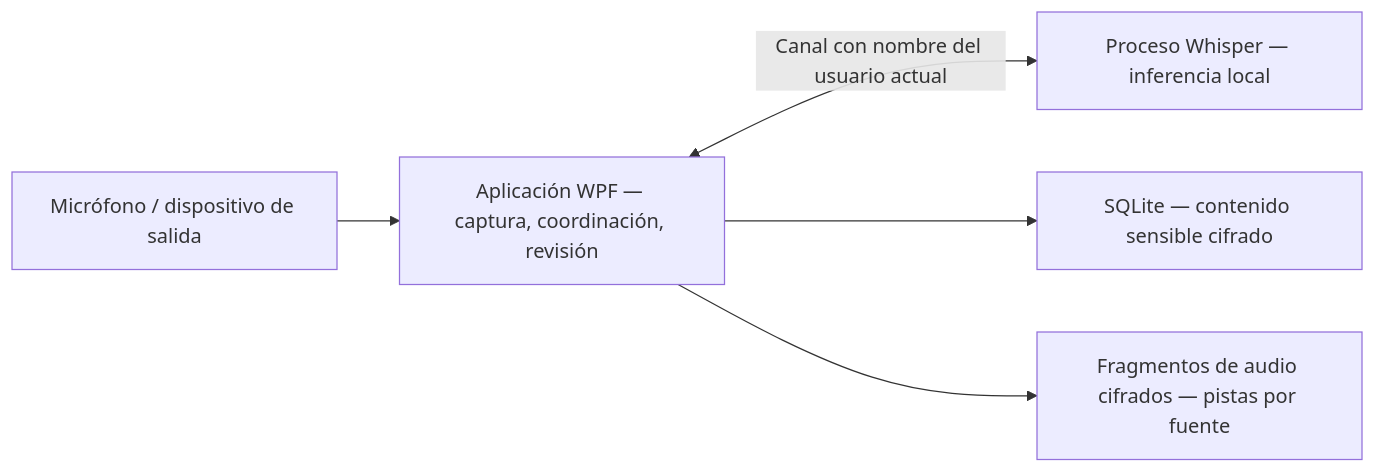
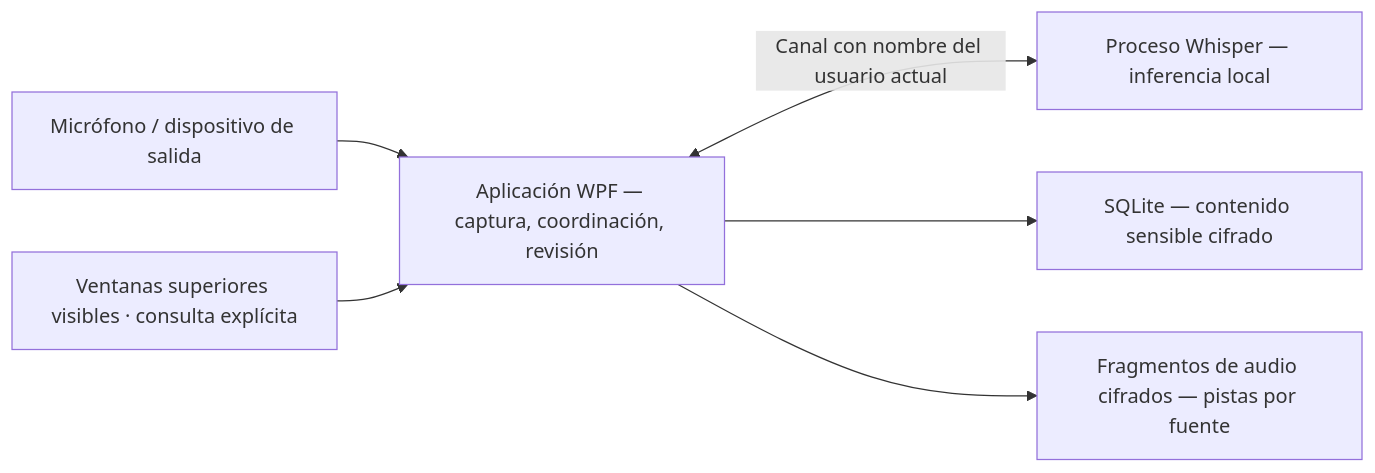
Before and after one commit to Andres-MMG/Trazio-Asistente-Reunion: the diagram in README.md, drawn with Mermaid. The commit also changed other lines of this file and 21 other files, not shown here.

````diff
--- a/README.md
+++ b/README.md
@@ -55,7 +56,8 @@
 ```mermaid
 flowchart LR
     Devices["Micrófono / dispositivo de salida"] --> App["Aplicación WPF — captura, coordinación, revisión"]
+    Windows["Ventanas superiores visibles · consulta explícita"] --> App
     App <-->|"Canal con nombre del usuario actual"| Worker["Proceso Whisper — inferencia local"]
     App --> Store["SQLite — contenido sensible cifrado"]
     App --> Audio["Fragmentos de audio cifrados — pistas por fuente"]
 ```
````
